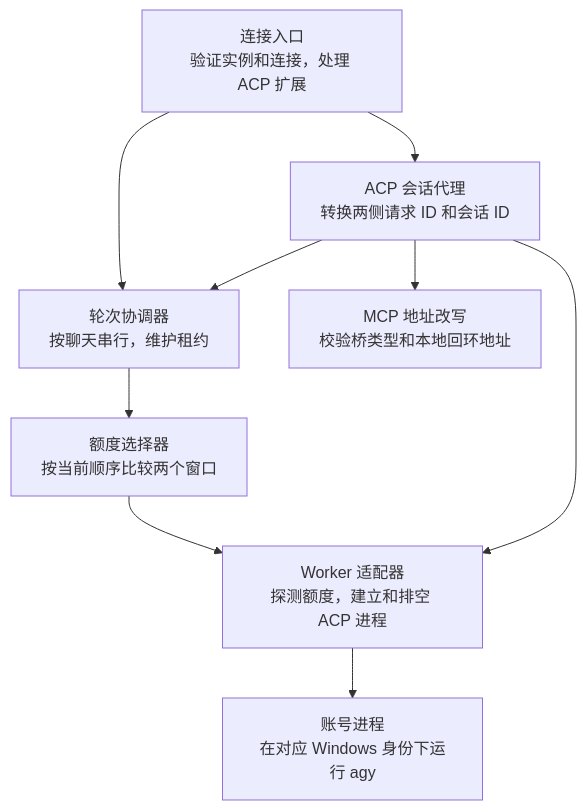
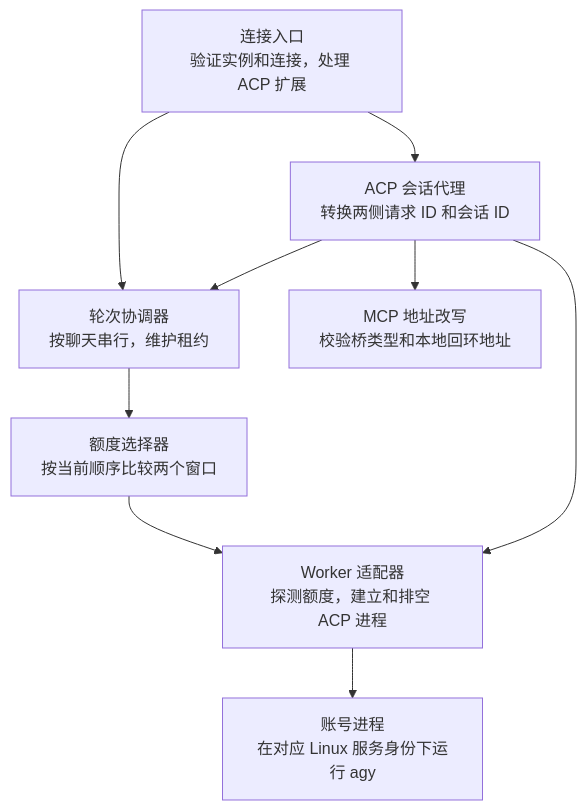
The third of 6 diagrams in docs/ARCHITECTURE.md (shirolabs67/AntigravityAccountSwitcher), drawn with Mermaid before and after one commit. The commit also changed other lines of this file and 46 other files, not shown here.

````diff
--- a/docs/ARCHITECTURE.md
+++ b/docs/ARCHITECTURE.md
@@ -44,11 +44,11 @@
 ```mermaid
 flowchart TD
   IN["连接入口<br/>验证实例和连接，处理 ACP 扩展"] --> B["轮次协调器<br/>按聊天串行，维护租约"]
   B --> Q["额度选择器<br/>按当前顺序比较两个窗口"]
   Q --> W["Worker 适配器<br/>探测额度，建立和排空 ACP 进程"]
   IN --> A["ACP 会话代理<br/>转换两侧请求 ID 和会话 ID"]
   A --> B
   A --> M["MCP 地址改写<br/>校验桥类型和本地回环地址"]
   A --> W
-  W --> S["账号进程<br/>在对应 Windows 身份下运行 agy"]
+  W --> S["账号进程<br/>在对应 Linux 服务身份下运行 agy"]
 ```
````
